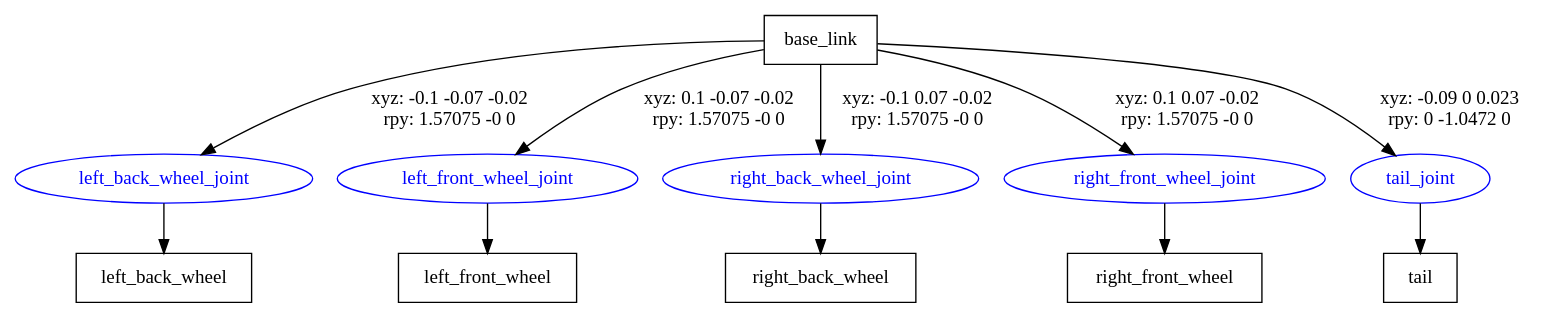
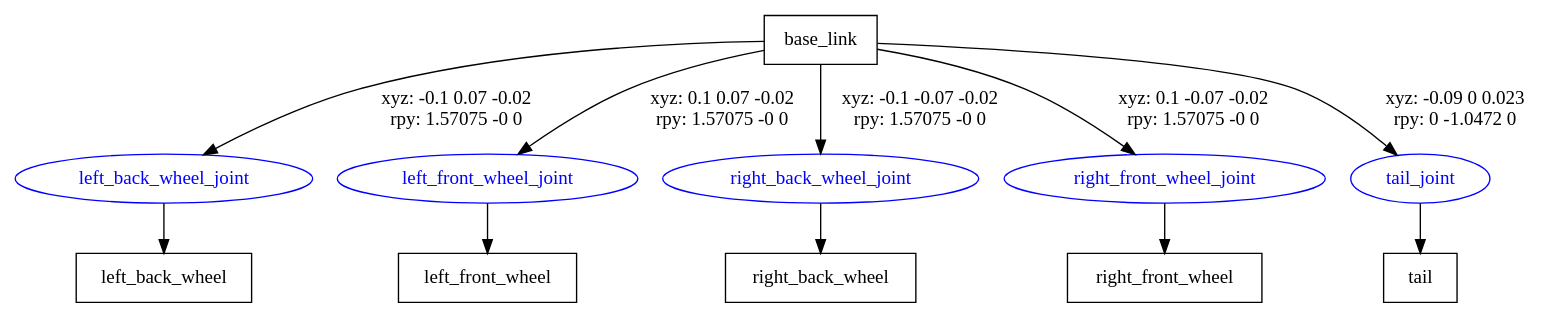
Before and after one commit to JoveH-H/ROS_note: the diagram in hhbot_description/urdf/hhbot.gv, drawn with Graphviz. The commit also changed 18 other files, not shown here.

```diff
--- a/hhbot_description/urdf/hhbot.gv
+++ b/hhbot_description/urdf/hhbot.gv
@@ -1,20 +1,20 @@
 digraph G {
 node [shape=box];
 "base_link" [label="base_link"];
 "left_back_wheel" [label="left_back_wheel"];
 "left_front_wheel" [label="left_front_wheel"];
 "right_back_wheel" [label="right_back_wheel"];
 "right_front_wheel" [label="right_front_wheel"];
 "tail" [label="tail"];
 node [shape=ellipse, color=blue, fontcolor=blue];
-"base_link" -> "left_back_wheel_joint" [label="xyz: -0.1 -0.07 -0.02 \nrpy: 1.57075 -0 0"]
+"base_link" -> "left_back_wheel_joint" [label="xyz: -0.1 0.07 -0.02 \nrpy: 1.57075 -0 0"]
 "left_back_wheel_joint" -> "left_back_wheel"
-"base_link" -> "left_front_wheel_joint" [label="xyz: 0.1 -0.07 -0.02 \nrpy: 1.57075 -0 0"]
+"base_link" -> "left_front_wheel_joint" [label="xyz: 0.1 0.07 -0.02 \nrpy: 1.57075 -0 0"]
 "left_front_wheel_joint" -> "left_front_wheel"
-"base_link" -> "right_back_wheel_joint" [label="xyz: -0.1 0.07 -0.02 \nrpy: 1.57075 -0 0"]
+"base_link" -> "right_back_wheel_joint" [label="xyz: -0.1 -0.07 -0.02 \nrpy: 1.57075 -0 0"]
 "right_back_wheel_joint" -> "right_back_wheel"
-"base_link" -> "right_front_wheel_joint" [label="xyz: 0.1 0.07 -0.02 \nrpy: 1.57075 -0 0"]
+"base_link" -> "right_front_wheel_joint" [label="xyz: 0.1 -0.07 -0.02 \nrpy: 1.57075 -0 0"]
 "right_front_wheel_joint" -> "right_front_wheel"
 "base_link" -> "tail_joint" [label="xyz: -0.09 0 0.023 \nrpy: 0 -1.0472 0"]
 "tail_joint" -> "tail"
 }
```
